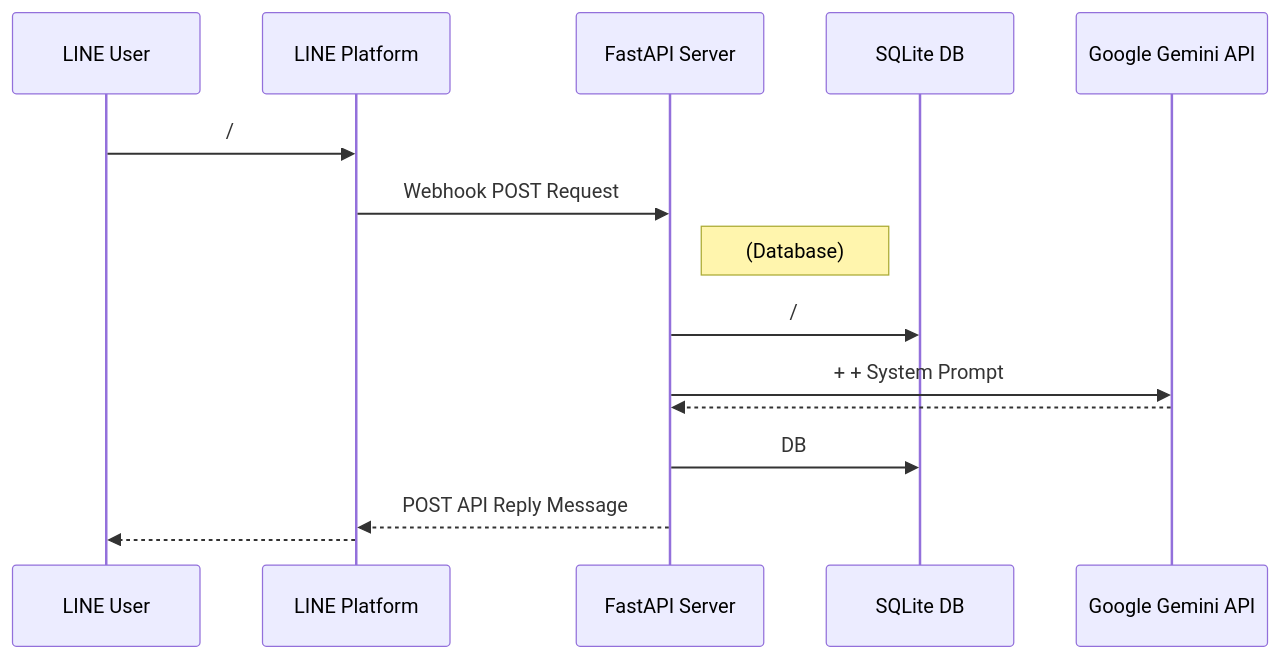
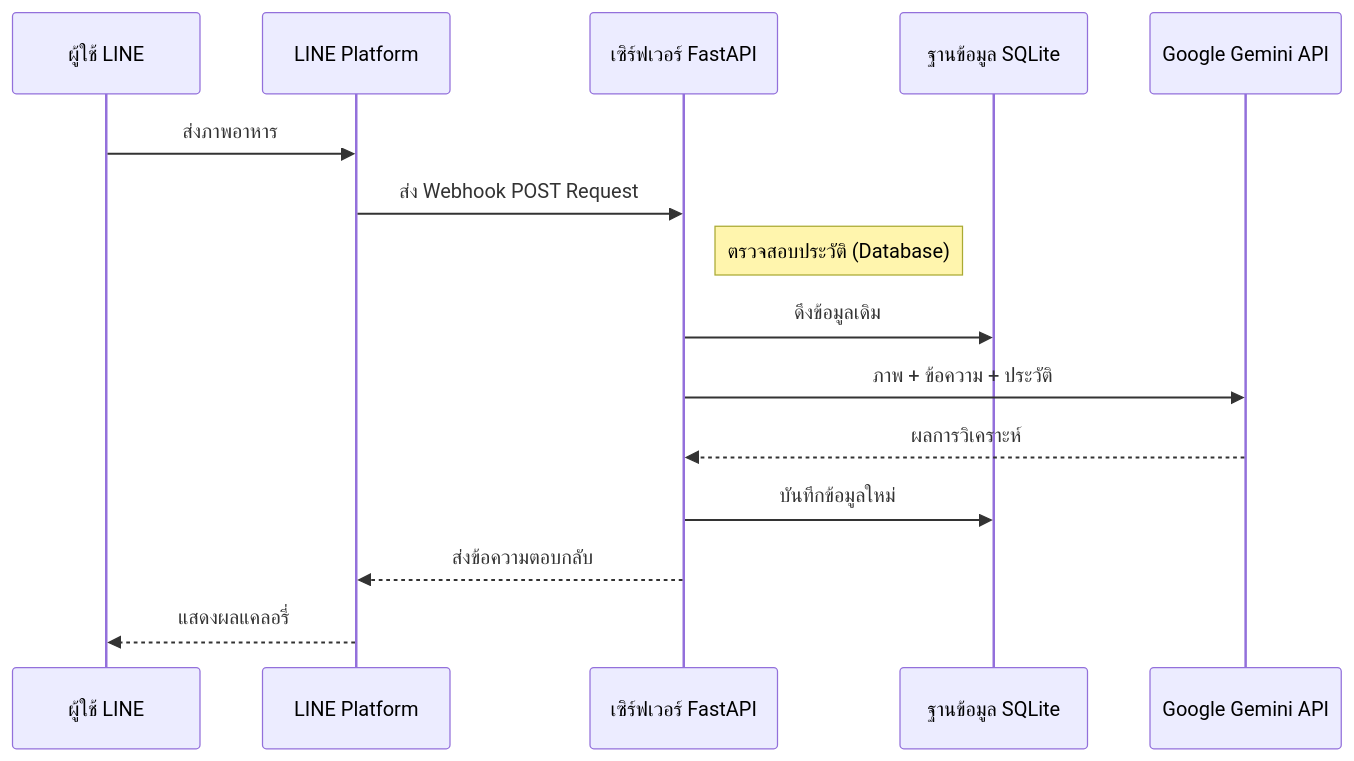
The diagram in docs/README-TH.md (welltilln/howmanycals), drawn with Mermaid before and after one commit. The commit also changed other lines of this file and 3 other files, not shown here.

````diff
--- a/docs/README-TH.md
+++ b/docs/README-TH.md
@@ -38,18 +38,18 @@
 ```mermaid
 sequenceDiagram
-    participant User as LINE User
+    participant User as ผู้ใช้ LINE
     participant LINE as LINE Platform
-    participant App as FastAPI Server
-    participant DB as SQLite DB
+    participant App as เซิร์ฟเวอร์ FastAPI
+    participant DB as ฐานข้อมูล SQLite
     participant Gemini as Google Gemini API
 
-    User->>LINE: /
-    LINE->>App:  Webhook POST Request
-    Note right of App:  (Database)
-    App->>DB: /
-    App->>Gemini:  +  + System Prompt
-    Gemini-->>App: 
-    App->>DB:  DB
-    App-->>LINE:  POST API  Reply Message
-    LINE-->>User: 
+    User->>LINE: ส่งภาพอาหาร
+    LINE->>App: ส่ง Webhook POST Request
+    Note right of App: ตรวจสอบประวัติ (Database)
+    App->>DB: ดึงข้อมูลเดิม
+    App->>Gemini: ภาพ + ข้อความ + ประวัติ
+    Gemini-->>App: ผลการวิเคราะห์
+    App->>DB: บันทึกข้อมูลใหม่
+    App-->>LINE: ส่งข้อความตอบกลับ
+    LINE-->>User: แสดงผลแคลอรี่
 ```
````
